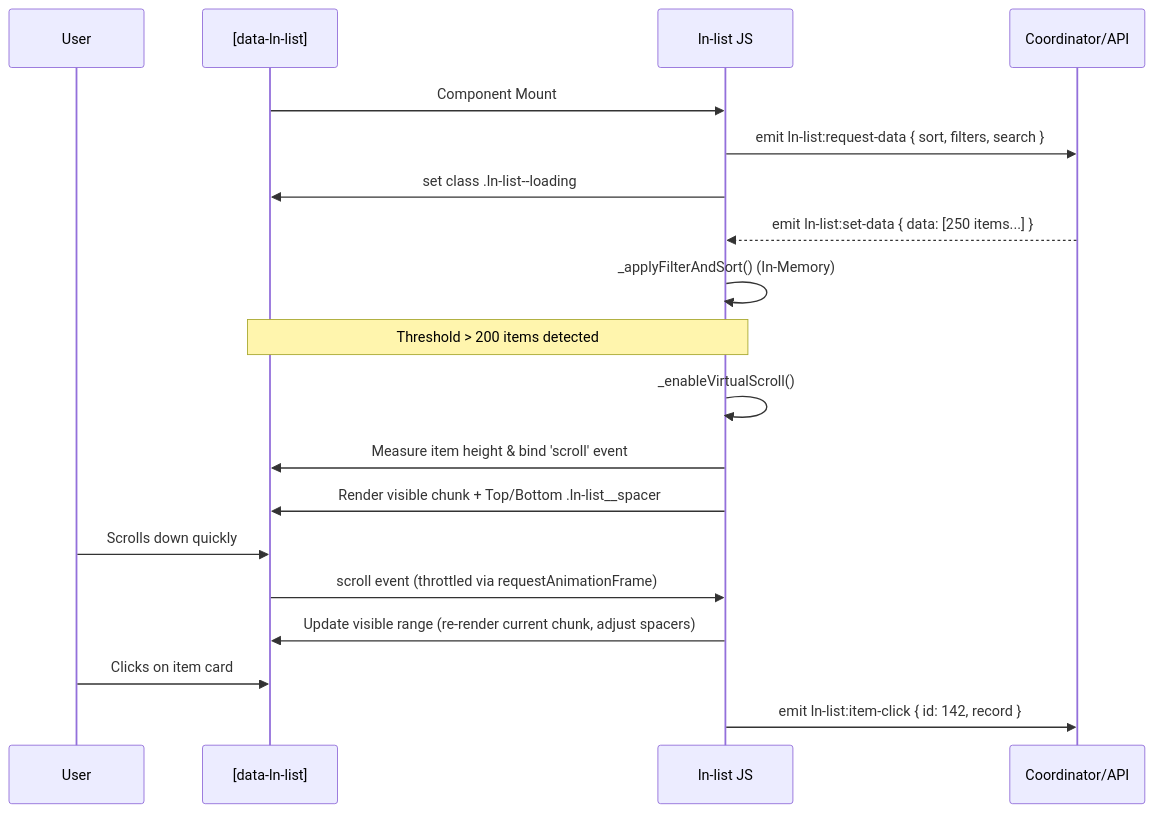
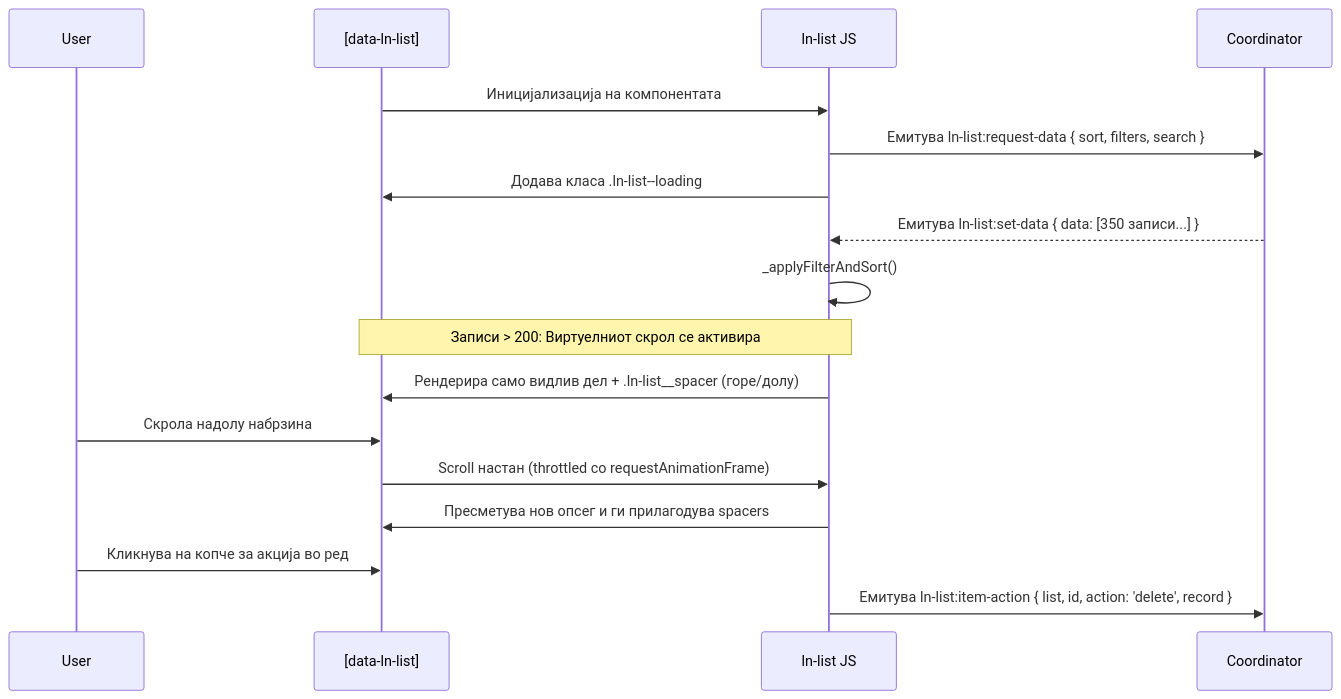
The diagram in architecture_docs_draft/components/ln-list.md (livenetworks/ln-ashlar), drawn with Mermaid before and after one commit. The commit also changed other lines of this file and 1 other file, not shown here.

Commit message:
docs/refactor: update ln-list documentation & improve source component with detail guards and events

````diff
--- a/architecture_docs_draft/components/ln-list.md
+++ b/architecture_docs_draft/components/ln-list.md
@@ -137,26 +183,24 @@
 ```mermaid
 sequenceDiagram
     participant User
     participant DOM as [data-ln-list]
     participant List as ln-list JS
-    participant Coord as Coordinator/API
+    participant Coord as Coordinator
 
-    DOM->>List: Component Mount
-    List->>Coord: emit ln-list:request-data { sort, filters, search }
-    List->>DOM: set class .ln-list--loading
+    DOM->>List: Иницијализација на компонентата
+    List->>Coord: Емитува ln-list:request-data { sort, filters, search }
+    List->>DOM: Додава класа .ln-list--loading
     
-    Coord-->>List: emit ln-list:set-data { data: [250 items...] }
-    List->>List: _applyFilterAndSort() (In-Memory)
+    Coord-->>List: Емитува ln-list:set-data { data: [350 записи...] }
+    List->>List: _applyFilterAndSort()
     
-    Note over List, DOM: Threshold > 200 items detected
-    List->>List: _enableVirtualScroll()
-    List->>DOM: Measure item height & bind 'scroll' event
-    List->>DOM: Render visible chunk + Top/Bottom .ln-list__spacer
+    Note over List, DOM: Записи > 200: Виртуелниот скрол се активира
+    List->>DOM: Рендерира само видлив дел + .ln-list__spacer (горе/долу)
     
-    User->>DOM: Scrolls down quickly
-    DOM->>List: scroll event (throttled via requestAnimationFrame)
-    List->>DOM: Update visible range (re-render current chunk, adjust spacers)
+    User->>DOM: Скрола надолу набрзина
+    DOM->>List: Scroll настан (throttled со requestAnimationFrame)
+    List->>DOM: Пресметува нов опсег и ги прилагодува spacers
     
-    User->>DOM: Clicks on item card
-    List->>Coord: emit ln-list:item-click { id: 142, record }
+    User->>DOM: Кликнува на копче за акција во ред
+    List->>Coord: Емитува ln-list:item-action { list, id, action: 'delete', record }
 ```
````
